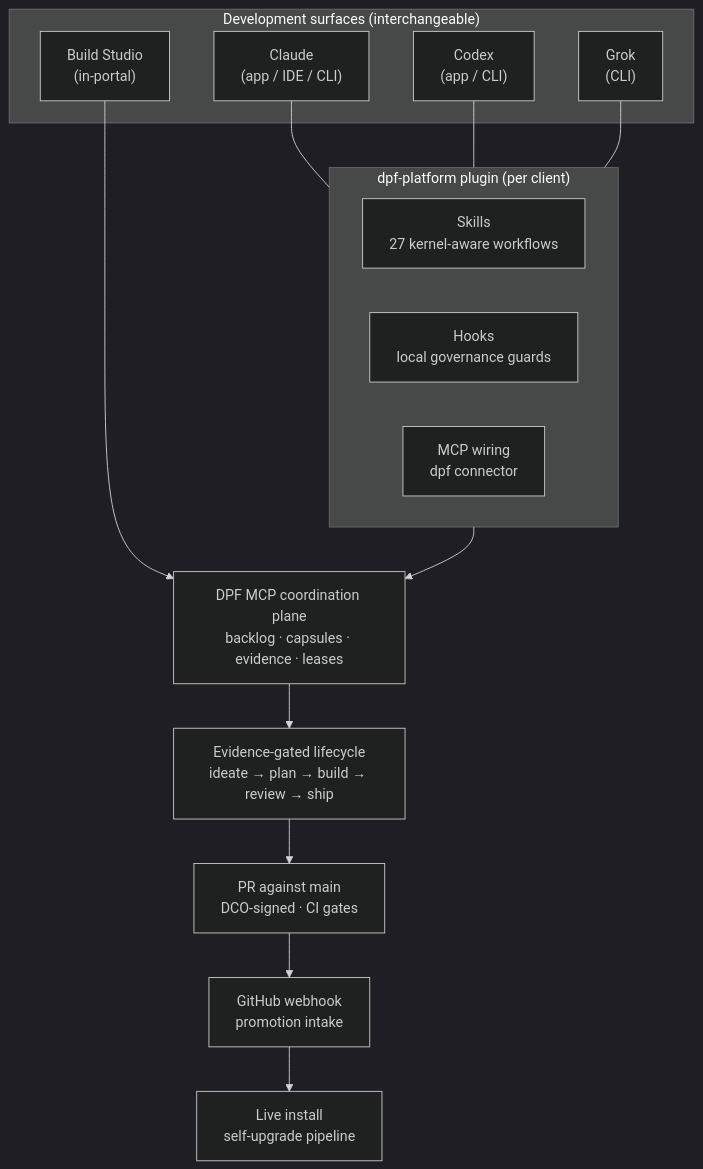
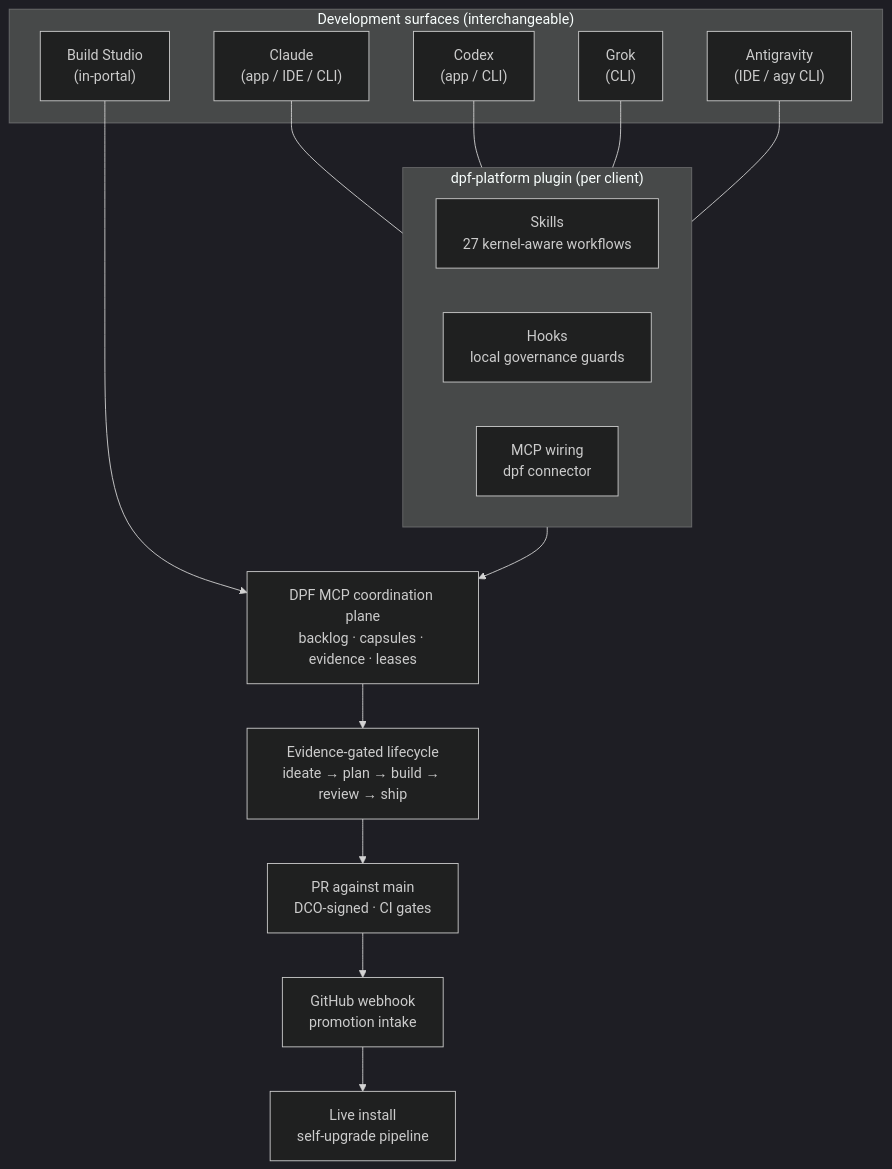
The first of 4 diagrams in docs/user-guide/getting-started/agent-dev-environments.md (OpenDigitalProductFactory/opendigitalproductfactory), drawn with Mermaid (dark theme) before and after one commit. The commit also changed other lines of this file and 4 other files, not shown here.

````diff
--- a/docs/user-guide/getting-started/agent-dev-environments.md
+++ b/docs/user-guide/getting-started/agent-dev-environments.md
@@ -31,31 +31,33 @@
 ```mermaid
 flowchart TB
     subgraph surfaces["Development surfaces (interchangeable)"]
         claude["Claude<br/>(app / IDE / CLI)"]
         codex["Codex<br/>(app / CLI)"]
         grok["Grok<br/>(CLI)"]
+        antigravity["Antigravity<br/>(IDE / agy CLI)"]
         bs["Build Studio<br/>(in-portal)"]
     end
 
     subgraph plugin["dpf-platform plugin (per client)"]
         skills["Skills<br/>27 kernel-aware workflows"]
         hooks["Hooks<br/>local governance guards"]
         mcpwire["MCP wiring<br/>dpf connector"]
     end
 
     mcp["DPF MCP coordination plane<br/>backlog · capsules · evidence · leases"]
     lifecycle["Evidence-gated lifecycle<br/>ideate → plan → build → review → ship"]
     pr["PR against main<br/>DCO-signed · CI gates"]
     webhook["GitHub webhook<br/>promotion intake"]
     live["Live install<br/>self-upgrade pipeline"]
 
     claude --- plugin
     codex --- plugin
     grok --- plugin
+    antigravity --- plugin
     plugin --> mcp
     bs --> mcp
     mcp --> lifecycle
     lifecycle --> pr
     pr --> webhook
     webhook --> live
 ```
````
